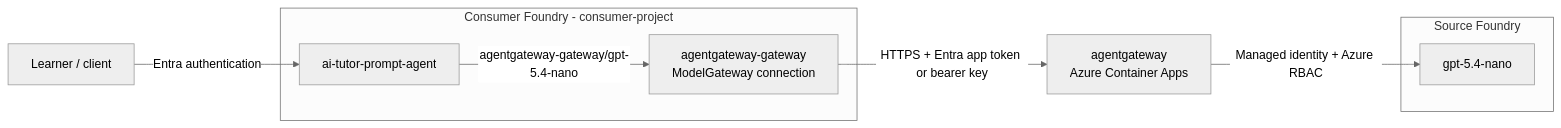
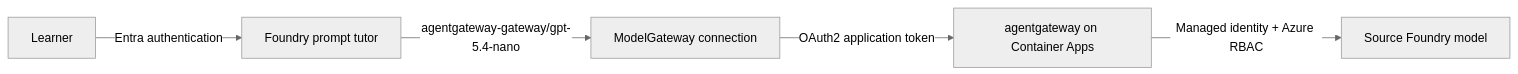
The first of 2 diagrams in README.md (ikhemissi/foundry-agent-with-agentgateway-gateway), drawn with Mermaid (neutral theme) before and after one commit. The commit also changed other lines of this file and 24 other files, not shown here.

First line of the commit message:
feat: enforce Entra-only gateway authentication

````diff
--- a/README.md
+++ b/README.md
@@ -31,16 +33,12 @@
 ```mermaid
 flowchart LR
-    User["Learner / client"]
-    subgraph Consumer["Consumer Foundry - consumer-project"]
-        Tutor["ai-tutor-prompt-agent"]
-        Connection["agentgateway-gateway<br/>ModelGateway connection"]
-        Tutor -->|"agentgateway-gateway/gpt-5.4-nano"| Connection
-    end
-    Gateway["agentgateway<br/>Azure Container Apps"]
-    subgraph Source["Source Foundry"]
-        Model["gpt-5.4-nano"]
-    end
+    User["Learner"]
+    Tutor["Foundry prompt tutor"]
+    Connection["ModelGateway connection"]
+    Gateway["agentgateway on Container Apps"]
+    Model["Source Foundry model"]
     User -->|"Entra authentication"| Tutor
-    Connection -->|"HTTPS + Entra app token or bearer key"| Gateway
+    Tutor -->|"agentgateway-gateway/gpt-5.4-nano"| Connection
+    Connection -->|"OAuth2 application token"| Gateway
     Gateway -->|"Managed identity + Azure RBAC"| Model
 ```
````
